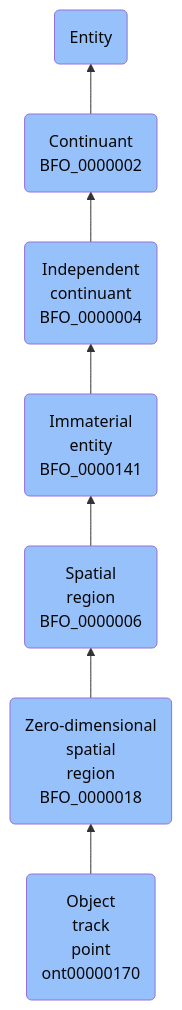
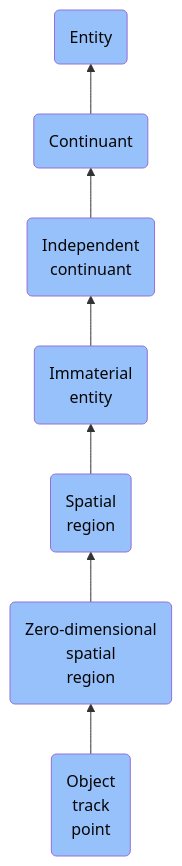
The diagram in docs/ontology/reference/model/Entity/Continuant/Independent continuant/Immaterial entity/Spatial region/Zero-dimensional spatial region/Object track point/Object track point.md (jupyter-naas/abi), drawn with Mermaid before and after one commit. The commit also changed other lines of this file and 1430 other files, not shown here.

````diff
--- a/docs/ontology/reference/model/Entity/Continuant/Independent continuant/Immaterial entity/Spatial region/Zero-dimensional spatial region/Object track point/Object track point.md
+++ b/docs/ontology/reference/model/Entity/Continuant/Independent continuant/Immaterial entity/Spatial region/Zero-dimensional spatial region/Object track point/Object track point.md
@@ -24,14 +24,14 @@
 ```mermaid
 graph BT
-    ont00000170(Object<br>track<br>point<br>ont00000170):::BFO-->BFO_0000018
-    BFO_0000018(Zero-dimensional<br>spatial<br>region<br>BFO_0000018):::BFO-->BFO_0000006
-    BFO_0000006(Spatial<br>region<br>BFO_0000006):::BFO-->BFO_0000141
-    BFO_0000141(Immaterial<br>entity<br>BFO_0000141):::BFO-->BFO_0000004
-    BFO_0000004(Independent<br>continuant<br>BFO_0000004):::BFO-->BFO_0000002
-    BFO_0000002(Continuant<br>BFO_0000002):::BFO-->BFO_0000001
+    ont00000170(Object<br>track<br>point):::BFO-->BFO_0000018
+    BFO_0000018(Zero-dimensional<br>spatial<br>region):::BFO-->BFO_0000006
+    BFO_0000006(Spatial<br>region):::BFO-->BFO_0000141
+    BFO_0000141(Immaterial<br>entity):::BFO-->BFO_0000004
+    BFO_0000004(Independent<br>continuant):::BFO-->BFO_0000002
+    BFO_0000002(Continuant):::BFO-->BFO_0000001
     BFO_0000001(Entity):::BFO
     
     classDef BFO fill:#97c1fb,color:#060606
     classDef CCO fill:#e4c51e,color:#060606
     classDef ABI fill:#48DD82,color:#060606
 ```
````
